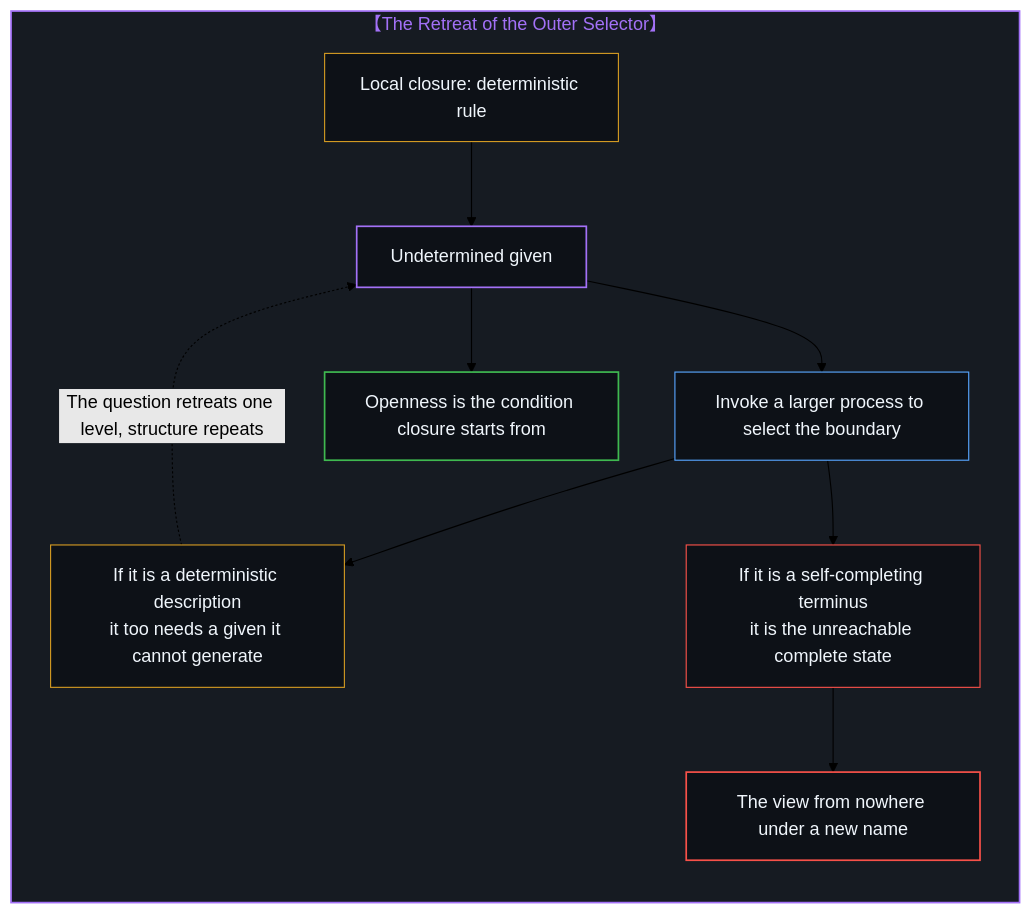
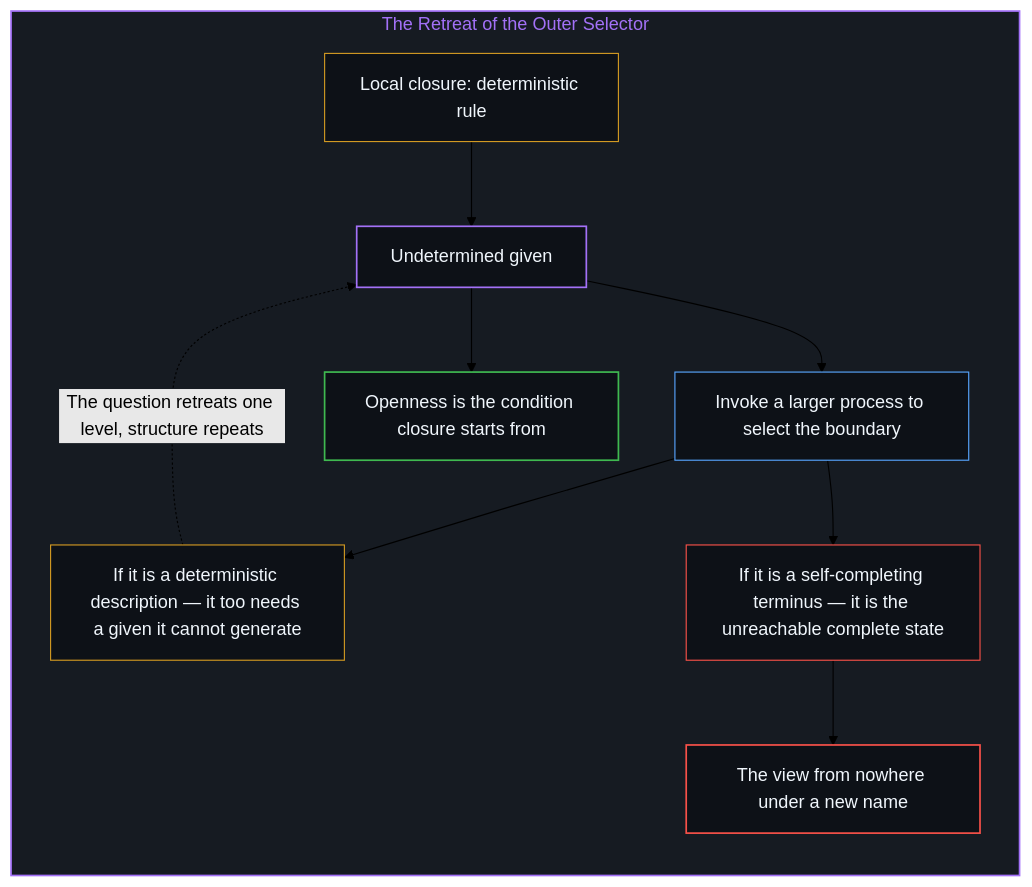
Before and after one commit to powerpig99/not-a-toe: the eighth of 10 diagrams in content/posts/fixed-by-nothing.md, drawn with Mermaid (forest theme). The commit also changed other lines of this file and 3 other files, not shown here.

````diff
--- a/content/posts/fixed-by-nothing.md
+++ b/content/posts/fixed-by-nothing.md
@@ -197,21 +197,21 @@
 ```mermaid
-graph TD
-    subgraph S_Regress_EN ["【The Retreat of the Outer Selector】"]
+flowchart TD
+    subgraph S_Regress ["The Retreat of the Outer Selector"]
         direction TB
-        LE1["Local closure: deterministic rule"] --> LE1G["Undetermined given"]
-        LE1G --> LE2["Invoke a larger process to select the boundary"]
-        LE2 --> LE2A["If it is a deterministic description<br/>it too needs a given it cannot generate"]
-        LE2 --> LE2B["If it is a self-completing terminus<br/>it is the unreachable complete state"]
-        LE2A -. "The question retreats one level, structure repeats" .-> LE1G
-        LE2B --> LE3["The view from nowhere under a new name"]
-        LE1G --> LE4["Openness is the condition closure starts from"]
+        L1["Local closure: deterministic rule"] --> L1G["Undetermined given"]
+        L1G --> L2["Invoke a larger process to select the boundary"]
+        L2 --> L2A["If it is a deterministic description — it too needs a given it cannot generate"]
+        L2 --> L2B["If it is a self-completing terminus — it is the unreachable complete state"]
+        L2A -. "The question retreats one level, structure repeats" .-> L1G
+        L2B --> L3["The view from nowhere under a new name"]
+        L1G --> L4["Openness is the condition closure starts from"]
     end
-    style S_Regress_EN fill:#161b22,stroke:#a371f7,stroke-width:1.5px,color:#a371f7
-    style LE1 fill:#0d1117,stroke:#d29922,stroke-width:1px,color:#f0f6fc
-    style LE1G fill:#0d1117,stroke:#a371f7,stroke-width:1.5px,color:#f0f6fc
-    style LE2 fill:#0d1117,stroke:#58a6ff,stroke-width:1px,color:#f0f6fc
-    style LE2A fill:#0d1117,stroke:#d29922,stroke-width:1px,color:#f0f6fc
-    style LE2B fill:#0d1117,stroke:#f85149,stroke-width:1px,color:#f0f6fc
-    style LE3 fill:#0d1117,stroke:#f85149,stroke-width:1.5px,color:#f0f6fc
-    style LE4 fill:#0d1117,stroke:#3fb950,stroke-width:1.5px,color:#f0f6fc
+    style S_Regress fill:#161b22,stroke:#a371f7,stroke-width:1.5px,color:#a371f7
+    style L1 fill:#0d1117,stroke:#d29922,stroke-width:1px,color:#f0f6fc
+    style L1G fill:#0d1117,stroke:#a371f7,stroke-width:1.5px,color:#f0f6fc
+    style L2 fill:#0d1117,stroke:#58a6ff,stroke-width:1px,color:#f0f6fc
+    style L2A fill:#0d1117,stroke:#d29922,stroke-width:1px,color:#f0f6fc
+    style L2B fill:#0d1117,stroke:#f85149,stroke-width:1px,color:#f0f6fc
+    style L3 fill:#0d1117,stroke:#f85149,stroke-width:1.5px,color:#f0f6fc
+    style L4 fill:#0d1117,stroke:#3fb950,stroke-width:1.5px,color:#f0f6fc
 ```
````
